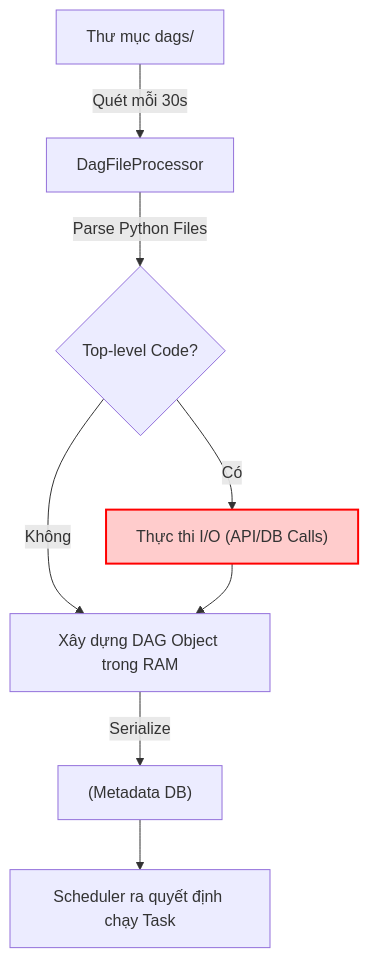
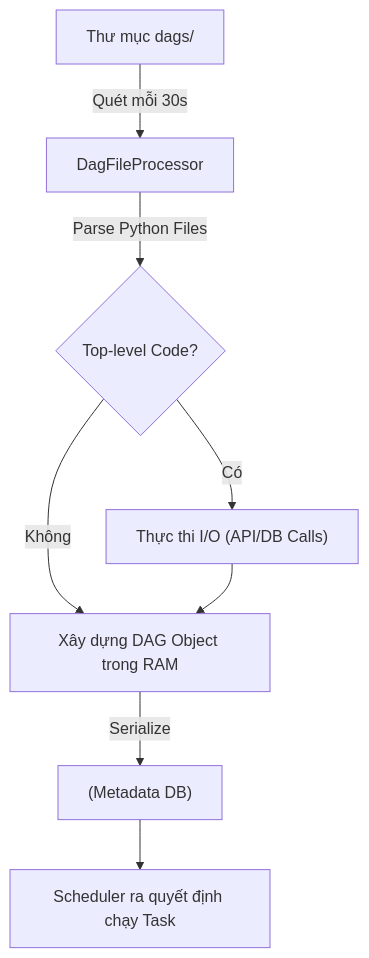
The first of 2 diagrams in src/content/docs/concepts/7-dataops-orchestration-quality/dag.md (kythuatdulieu/kythuatdulieu.github.io), drawn with Mermaid before and after one commit. The commit also changed other lines of this file and 686 other files, not shown here.

````diff
--- a/src/content/docs/concepts/7-dataops-orchestration-quality/dag.md
+++ b/src/content/docs/concepts/7-dataops-orchestration-quality/dag.md
@@ -33,12 +33,11 @@
 ```mermaid
 graph TD
     A["Thư mục dags/"] -->|Quét mỗi 30s| B["DagFileProcessor"]
     B -->|Parse Python Files| C{"Top-level Code?"}
     C -- Có --> D["Thực thi I/O (API/DB Calls)"]
     C -- Không --> E["Xây dựng DAG Object trong RAM"]
     D --> E
     E -->|Serialize| F["(Metadata DB)"]
     F --> G["Scheduler ra quyết định chạy Task"]
-    
-    style D fill:#ffcccc,stroke:#ff0000,stroke-width:2px
+
 ```
````
